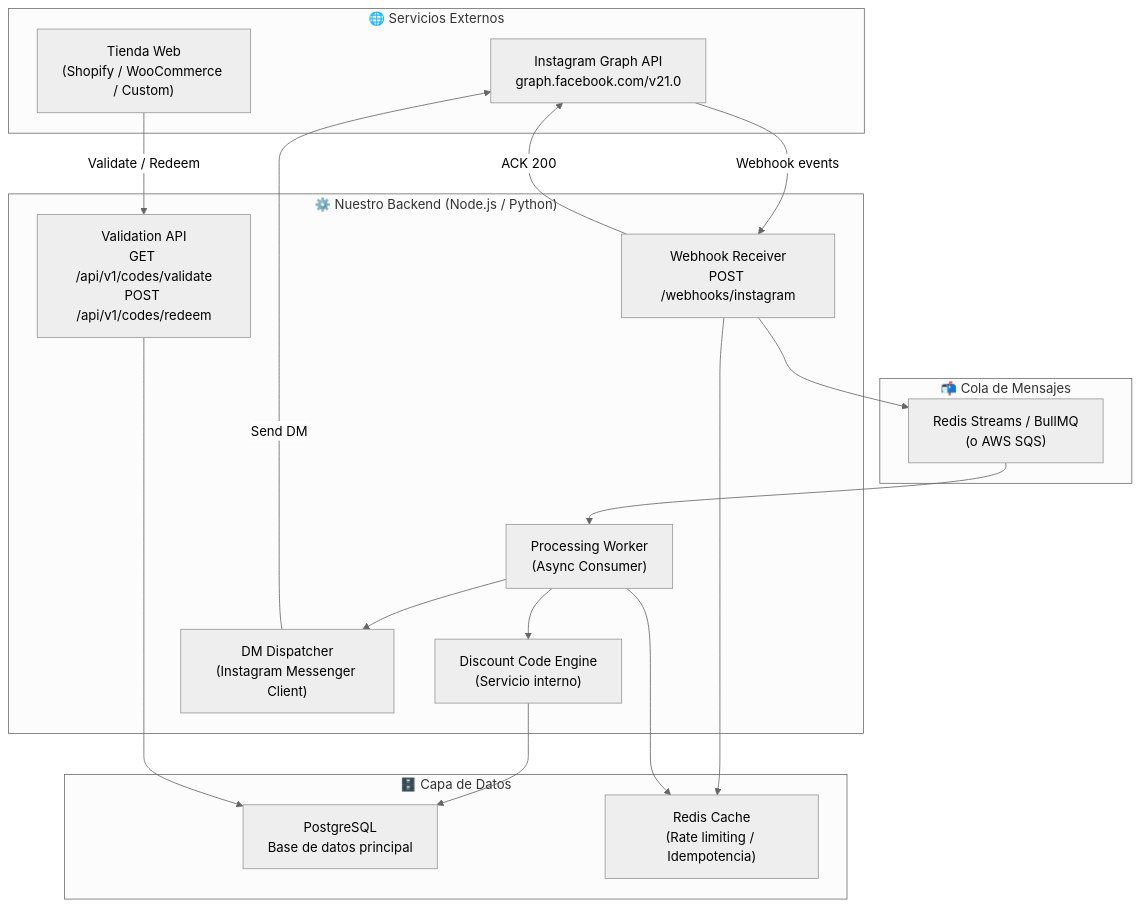
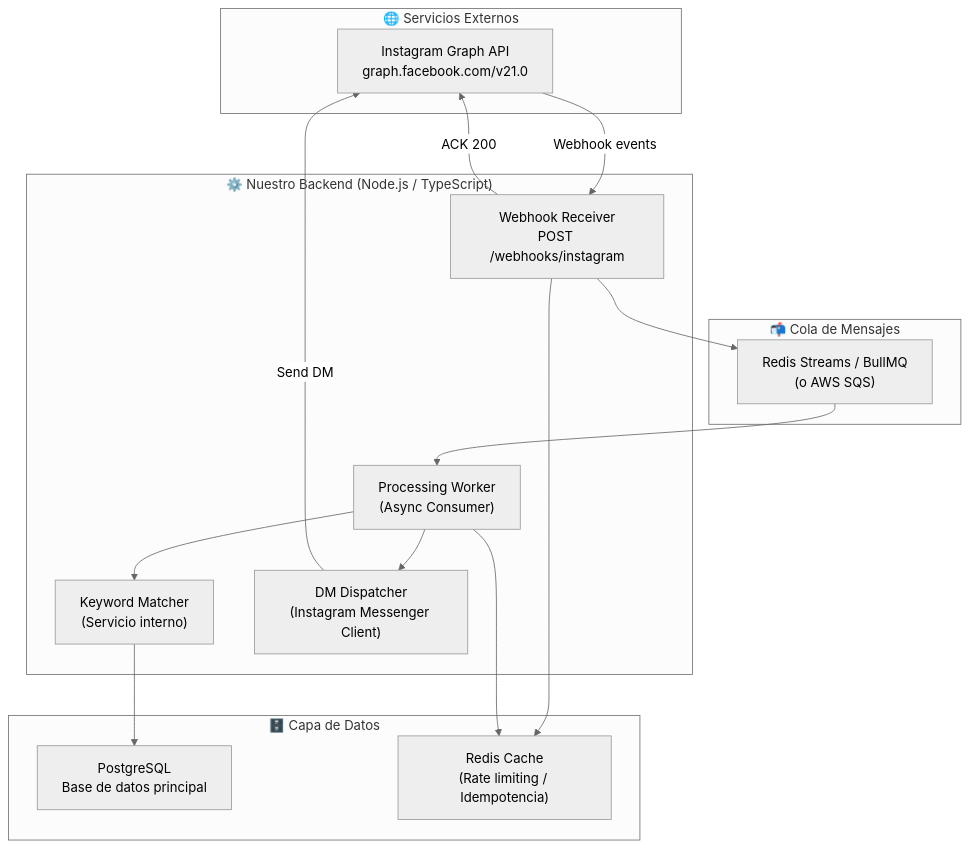
One commit to IkerGLopez/instagram-message-sender changed the second of 2 diagrams in specs/SPECS.md. Above: the diagram before and after it, drawn with Mermaid (neutral theme). The commit also changed other lines of this file and 12 other files, not shown here.

First line of the commit message:
chore(cleanup): remove API key auth code

````diff
--- a/specs/SPECS.md
+++ b/specs/SPECS.md
@@ -133,37 +120,33 @@
 ```mermaid
 graph TB
     subgraph External["🌐 Servicios Externos"]
         IG_API["Instagram Graph API<br/>graph.facebook.com/v21.0"]
-        STORE["Tienda Web<br/>(Shopify / WooCommerce / Custom)"]
     end
 
-    subgraph Backend["⚙️ Nuestro Backend (Node.js / Python)"]
+    subgraph Backend["⚙️ Nuestro Backend (Node.js / TypeScript)"]
         WH_RECEIVER["Webhook Receiver<br/>POST /webhooks/instagram"]
-        VALIDATION_API["Validation API<br/>GET /api/v1/codes/validate<br/>POST /api/v1/codes/redeem"]
-        CODE_ENGINE["Discount Code Engine<br/>(Servicio interno)"]
+        KEYWORD_MATCHER["Keyword Matcher<br/>(Servicio interno)"]
         DM_DISPATCHER["DM Dispatcher<br/>(Instagram Messenger Client)"]
         WORKER["Processing Worker<br/>(Async Consumer)"]
     end
 
     subgraph Queue["📬 Cola de Mensajes"]
         REDIS["Redis Streams / BullMQ<br/>(o AWS SQS)"]
     end
 
     subgraph DB_Layer["🗄️ Capa de Datos"]
         POSTGRES["PostgreSQL<br/>Base de datos principal"]
         REDIS_CACHE["Redis Cache<br/>(Rate limiting / Idempotencia)"]
     end
 
     IG_API -->|Webhook events| WH_RECEIVER
     WH_RECEIVER --> REDIS
     WH_RECEIVER -->|ACK 200| IG_API
     REDIS --> WORKER
-    WORKER --> CODE_ENGINE
-    CODE_ENGINE --> POSTGRES
+    WORKER --> KEYWORD_MATCHER
+    KEYWORD_MATCHER --> POSTGRES
     WORKER --> DM_DISPATCHER
     DM_DISPATCHER -->|Send DM| IG_API
-    STORE -->|Validate / Redeem| VALIDATION_API
-    VALIDATION_API --> POSTGRES
     WH_RECEIVER --> REDIS_CACHE
     WORKER --> REDIS_CACHE
 ```
````
